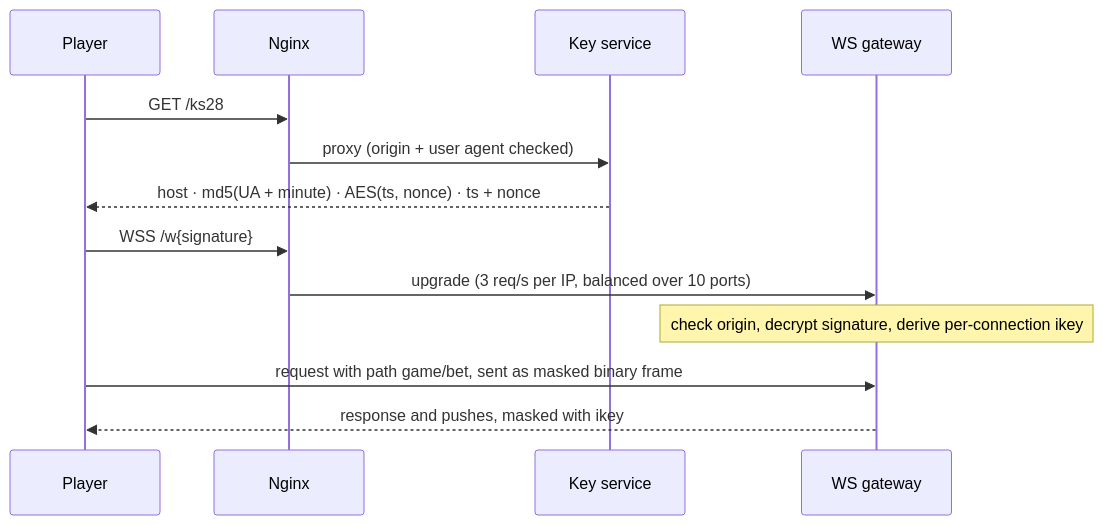
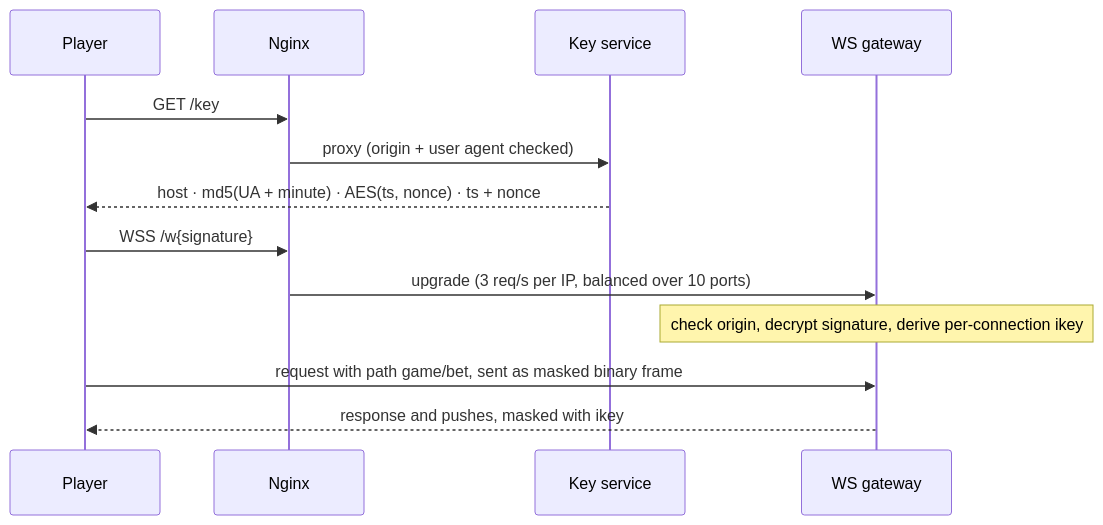
One commit to jchoisu-dev/ks-demo-1 changed the third of 3 diagrams in docs/SYSTEM_DESIGN.md. Above: the diagram before and after it, drawn with Mermaid. The commit also changed other lines of this file and 4 other files, not shown here.

````diff
--- a/docs/SYSTEM_DESIGN.md
+++ b/docs/SYSTEM_DESIGN.md
@@ -125,16 +125,16 @@
 ```mermaid
 sequenceDiagram
     participant P as Player
     participant N as Nginx
     participant K as Key service
     participant GW as WS gateway
 
-    P->>N: GET /ks28
+    P->>N: GET /key
     N->>K: proxy (origin + user agent checked)
     K-->>P: host · md5(UA + minute) · AES(ts, nonce) · ts + nonce
     P->>N: WSS /w{signature}
     N->>GW: upgrade (3 req/s per IP, balanced over 10 ports)
     Note over GW: check origin, decrypt signature, derive per-connection ikey
     P->>GW: request with path game/bet, sent as masked binary frame
     GW-->>P: response and pushes, masked with ikey
 ```
````
